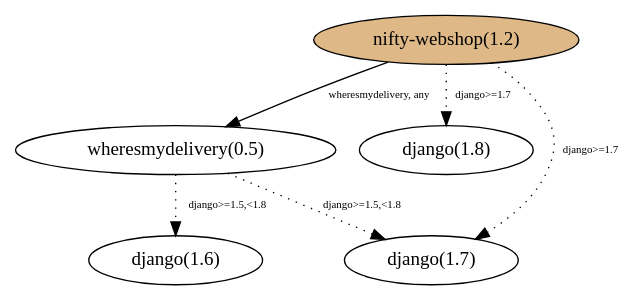
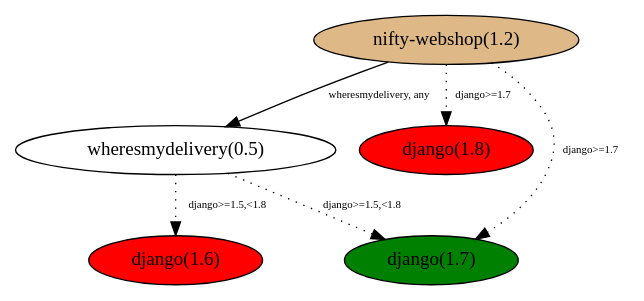
The diagram in docs/dep_conflict_examples2.dot (awwad/depresolve), drawn with Graphviz before and after one commit. The commit also changed 2 other files, not shown here.

Commit message:
diagram updates

```diff
--- a/docs/dep_conflict_examples2.dot
+++ b/docs/dep_conflict_examples2.dot
@@ -1,23 +1,23 @@
 digraph example2 {
 
   #nifty11 [label="nifty-webshop(1.1)",fillcolor="burlywood",style="filled"]
   nifty12 [label="nifty-webshop(1.2)",fillcolor="burlywood",style="filled"]
   wheresmydelivery05 [label="wheresmydelivery(0.5)"]
   #wheresmydelivery04 [label="wheresmydelivery(0.4)"]
   #wheresmydelivery03 [label="wheresmydelivery(0.3)"]
   #django19 [label='django(1.9)']
-  django18 [label="django(1.8)"]
-  django17 [label="django(1.7)"]
-  django16 [label="django(1.6)"]
+  django18 [label="django(1.8)",fillcolor="red",style="filled"]
+  django17 [label="django(1.7)",fillcolor="green",style="filled"]
+  django16 [label="django(1.6)",fillcolor="red",style="filled"]
   #django15 [label="django(1.5)"]
 
   subgraph n2 {
     label = "Case 2"
     #nifty12 -> django19 [label="django>=1.7",style=dotted,fontsize=8]
     nifty12 -> django18 [label="django>=1.7",style=dotted,fontsize=8]
     nifty12 -> django17 [label="django>=1.7",style=dotted,fontsize=8]
     nifty12 -> wheresmydelivery05 [label="wheresmydelivery, any",fontsize=8]
     wheresmydelivery05 -> django17 [label="django>=1.5,<1.8",style=dotted,fontsize=8]
     wheresmydelivery05 -> django16 [label="django>=1.5,<1.8",style=dotted,fontsize=8]
   }  
 }
```
